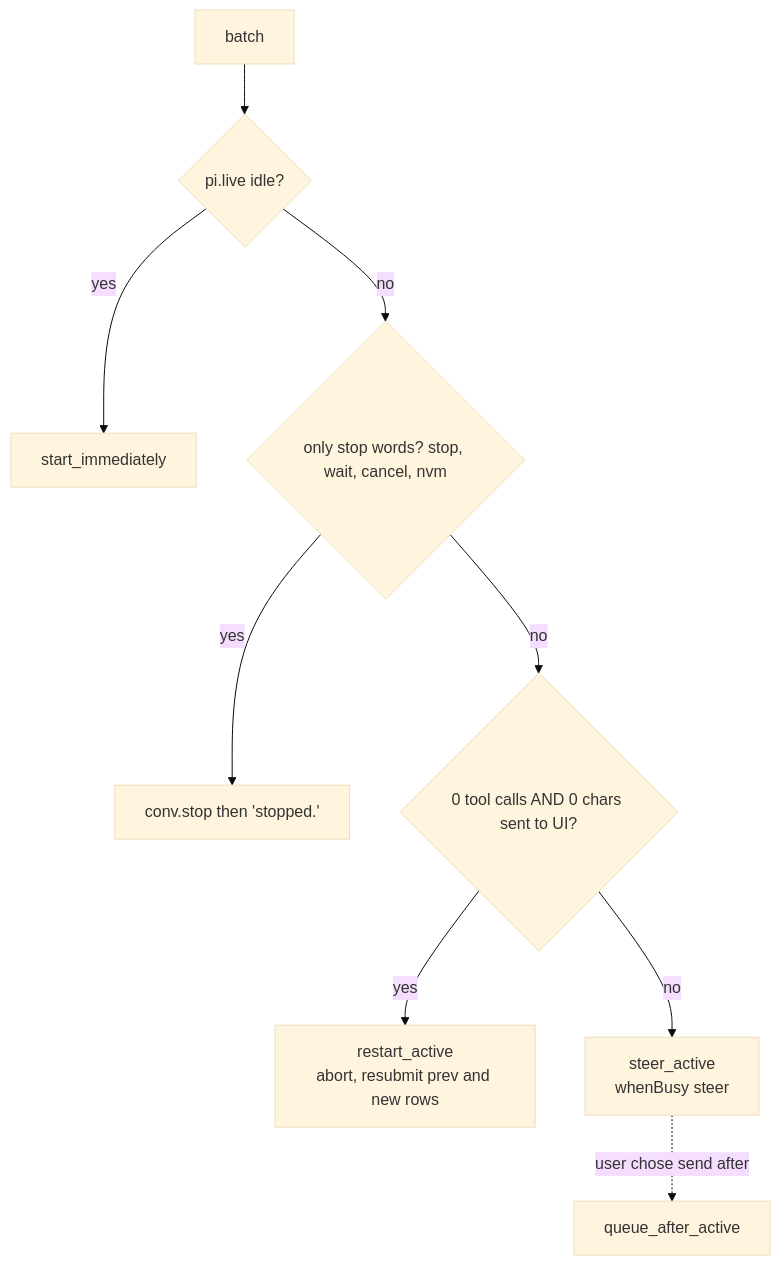
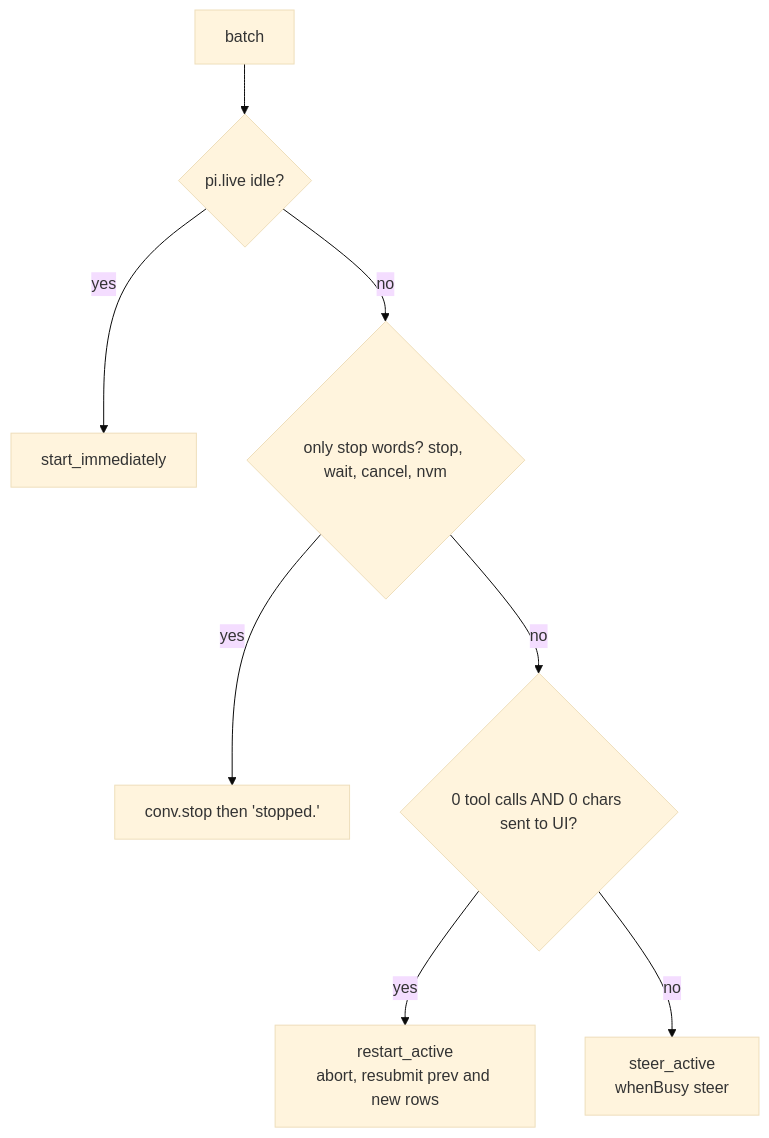
One commit to keyurbodar/xin changed the second of 2 diagrams in docs/plan/architecture/04-intake-and-dispatch.md. Above: the diagram before and after it, drawn with Mermaid (base theme). The commit also changed other lines of this file and 15 other files, not shown here.

````diff
--- a/docs/plan/architecture/04-intake-and-dispatch.md
+++ b/docs/plan/architecture/04-intake-and-dispatch.md
@@ -50,11 +50,10 @@
 ```mermaid
 flowchart TD
   B["batch"] --> IDLE{"pi.live idle?"}
   IDLE -->|yes| START["start_immediately"]
   IDLE -->|no| STOP{"only stop words? stop, wait, cancel, nvm"}
   STOP -->|yes| HALT["conv.stop then 'stopped.'"]
   STOP -->|no| VIS{"0 tool calls AND 0 chars sent to UI?"}
   VIS -->|yes| RESTART["restart_active<br/>abort, resubmit prev and new rows"]
   VIS -->|no| STEER["steer_active<br/>whenBusy steer"]
-  STEER -.->|user chose send after| QUEUE["queue_after_active"]
 ```
````
